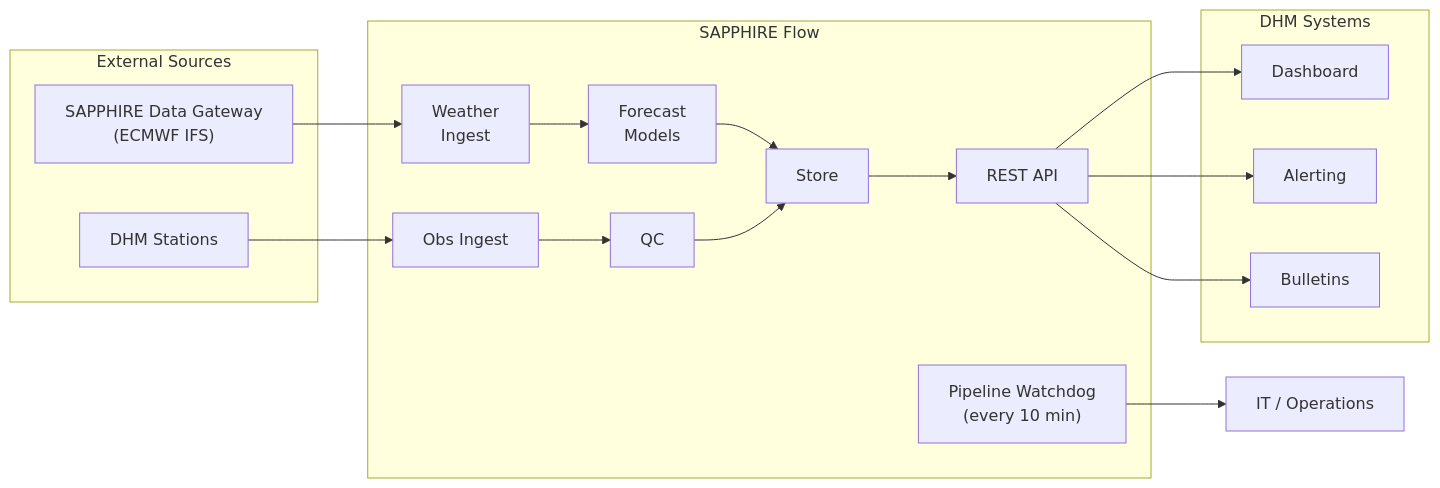
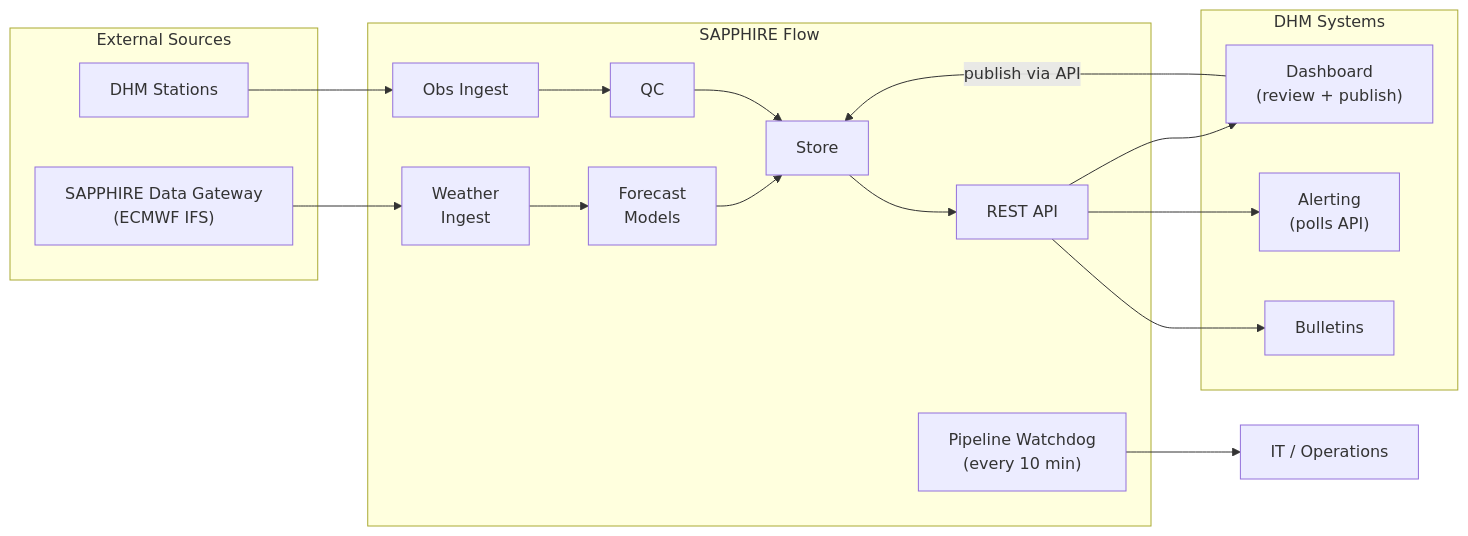
Before and after one commit to hydrosolutions/SAPPHIRE_flow: the diagram in docs/handover/data-flows.md, drawn with Mermaid. The commit also changed other lines of this file and 3 other files, not shown here.

First line of the commit message:
docs(handover): add Flow 3, alerting integration, retention, and operational gaps

````diff
--- a/docs/handover/data-flows.md
+++ b/docs/handover/data-flows.md
@@ -19,27 +21,28 @@
 ```mermaid
 graph LR
     subgraph External Sources
         GW["SAPPHIRE Data Gateway<br/>(ECMWF IFS)"]
         DHM["DHM Stations"]
     end
 
     subgraph SAPPHIRE Flow
         WI["Weather<br/>Ingest"] --> FM["Forecast<br/>Models"] --> ST["Store"]
         OI["Obs Ingest"] --> QC["QC"] --> ST
         ST --> API["REST API"]
         PW["Pipeline Watchdog<br/>(every 10 min)"]
     end
 
     subgraph DHM Systems
-        DB["Dashboard"]
-        AL["Alerting"]
+        DB["Dashboard<br/>(review + publish)"]
+        AL["Alerting<br/>(polls API)"]
         BU["Bulletins"]
     end
 
     GW --> WI
     DHM --> OI
     API --> DB
+    DB -->|"publish via API"| ST
     API --> AL
     API --> BU
     PW --> ITOPS["IT / Operations"]
 ```
````
